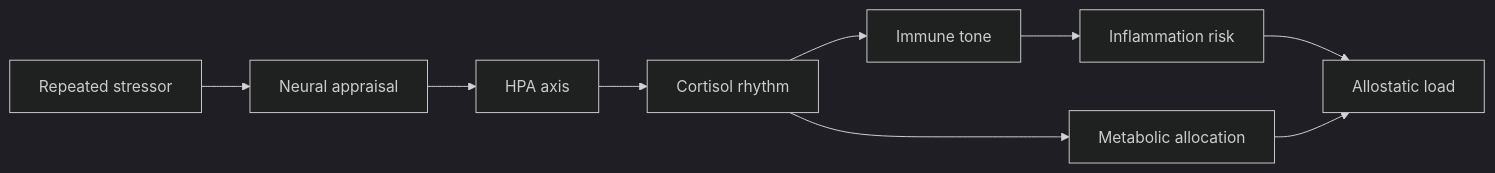
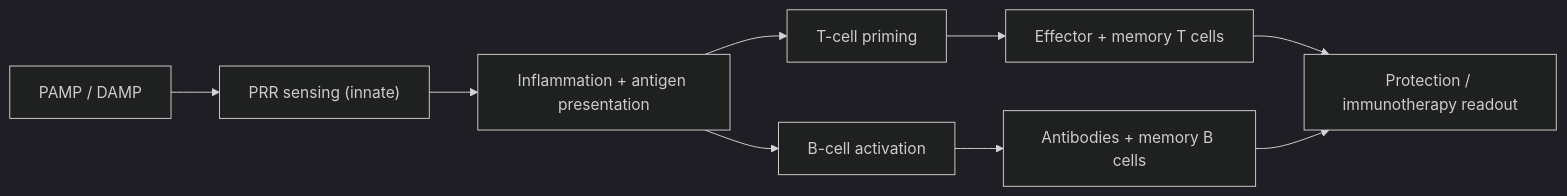
The fifth of 5 diagrams in manuscript/unit_IX/immune_system_defense.md (docxology/biology_textbook), drawn with Mermaid (dark theme) before and after one commit. The commit also changed other lines of this file and 167 other files, not shown here.

First line of the commit message:
RedTeam v1 remediation: de-contaminate immune chapter, fix over-claims/citations, clean question banks; + figure-expansion pass

````diff
--- a/manuscript/unit_IX/immune_system_defense.md
+++ b/manuscript/unit_IX/immune_system_defense.md
@@ -694,11 +685,11 @@
 ```mermaid
 flowchart LR
-    A["Repeated stressor"] --> B["Neural appraisal"]
-    B --> C["HPA axis"]
-    C --> D["Cortisol rhythm"]
-    D --> E["Immune tone"]
-    E --> F["Inflammation risk"]
-    D --> G["Metabolic allocation"]
-    F --> H["Allostatic load"]
+    A["PAMP / DAMP"] --> B["PRR sensing (innate)"]
+    B --> C["Inflammation + antigen presentation"]
+    C --> D["T-cell priming"]
+    C --> E["B-cell activation"]
+    D --> F["Effector + memory T cells"]
+    E --> G["Antibodies + memory B cells"]
+    F --> H["Protection / immunotherapy readout"]
     G --> H
 ```
````
